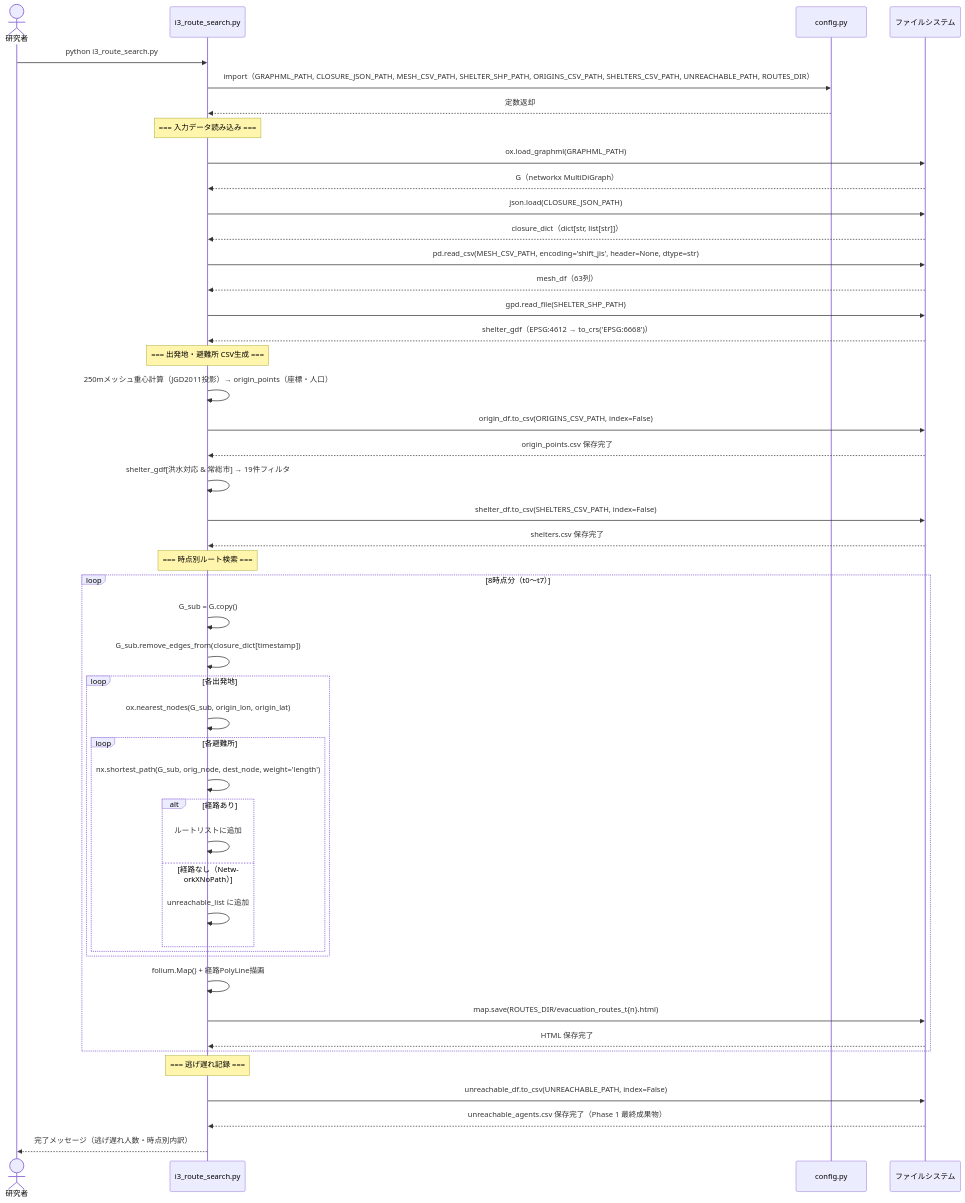
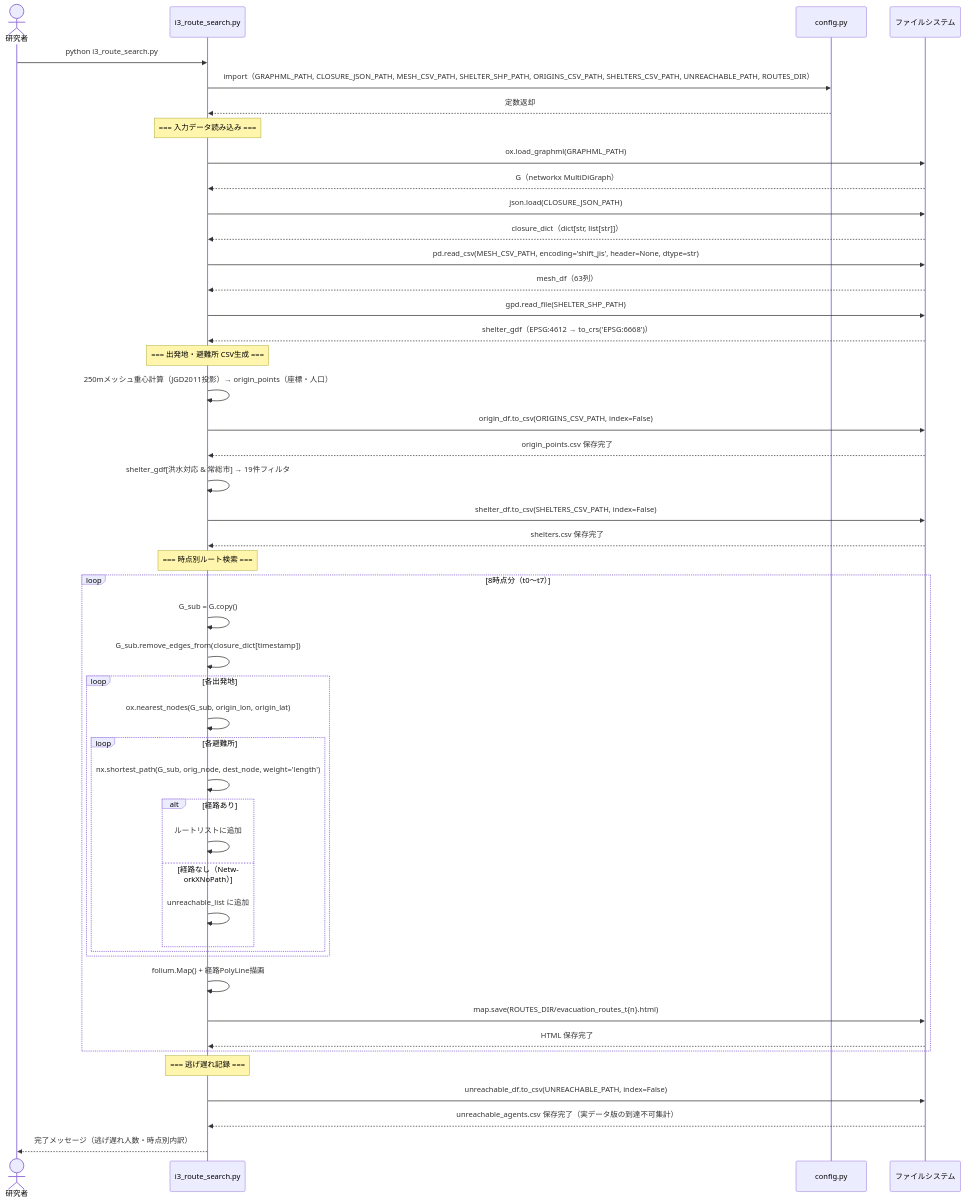
Before and after one commit to 23f302020/joso-evacuation-simulation: the fifth of 10 diagrams in 03_研究設計文書/シーケンス図.md, drawn with Mermaid. The commit also changed other lines of this file and 10 other files, not shown here.

First line of the commit message:
docs: Phase1文書更新・図表一覧追加・GMLデータ除外設定追加

````diff
--- a/03_研究設計文書/シーケンス図.md
+++ b/03_研究設計文書/シーケンス図.md
@@ -161,64 +161,64 @@
 ```mermaid
 sequenceDiagram
     actor 研究者
     participant I3 as i3_route_search.py
     participant CFG as config.py
     participant FS as ファイルシステム
 
     研究者->>I3: python i3_route_search.py
     I3->>CFG: import（GRAPHML_PATH, CLOSURE_JSON_PATH, MESH_CSV_PATH, SHELTER_SHP_PATH, ORIGINS_CSV_PATH, SHELTERS_CSV_PATH, UNREACHABLE_PATH, ROUTES_DIR）
     CFG-->>I3: 定数返却
 
     note over I3: === 入力データ読み込み ===
 
     I3->>FS: ox.load_graphml(GRAPHML_PATH)
     FS-->>I3: G（networkx MultiDiGraph）
 
     I3->>FS: json.load(CLOSURE_JSON_PATH)
     FS-->>I3: closure_dict（dict[str, list[str]]）
 
     I3->>FS: pd.read_csv(MESH_CSV_PATH, encoding='shift_jis', header=None, dtype=str)
     FS-->>I3: mesh_df（63列）
 
     I3->>FS: gpd.read_file(SHELTER_SHP_PATH)
     FS-->>I3: shelter_gdf（EPSG:4612 → to_crs('EPSG:6668')）
 
     note over I3: === 出発地・避難所 CSV生成 ===
 
     I3->>I3: 250mメッシュ重心計算（JGD2011投影）→ origin_points（座標・人口）
     I3->>FS: origin_df.to_csv(ORIGINS_CSV_PATH, index=False)
     FS-->>I3: origin_points.csv 保存完了
 
     I3->>I3: shelter_gdf[洪水対応 & 常総市] → 19件フィルタ
     I3->>FS: shelter_df.to_csv(SHELTERS_CSV_PATH, index=False)
     FS-->>I3: shelters.csv 保存完了
 
     note over I3: === 時点別ルート検索 ===
 
     loop 8時点分（t0〜t7）
         I3->>I3: G_sub = G.copy()
         I3->>I3: G_sub.remove_edges_from(closure_dict[timestamp])
         loop 各出発地
             I3->>I3: ox.nearest_nodes(G_sub, origin_lon, origin_lat)
             loop 各避難所
                 I3->>I3: nx.shortest_path(G_sub, orig_node, dest_node, weight='length')
                 alt 経路あり
                     I3->>I3: ルートリストに追加
                 else 経路なし（NetworkXNoPath）
                     I3->>I3: unreachable_list に追加
                 end
             end
         end
 
         I3->>I3: folium.Map() + 経路PolyLine描画
         I3->>FS: map.save(ROUTES_DIR/evacuation_routes_t{n}.html)
         FS-->>I3: HTML 保存完了
     end
 
     note over I3: === 逃げ遅れ記録 ===
 
     I3->>FS: unreachable_df.to_csv(UNREACHABLE_PATH, index=False)
-    FS-->>I3: unreachable_agents.csv 保存完了（Phase 1 最終成果物）
+    FS-->>I3: unreachable_agents.csv 保存完了（実データ版の到達不可集計）
 
     I3-->>研究者: 完了メッセージ（逃げ遅れ人数・時点別内訳）
 ```
````
